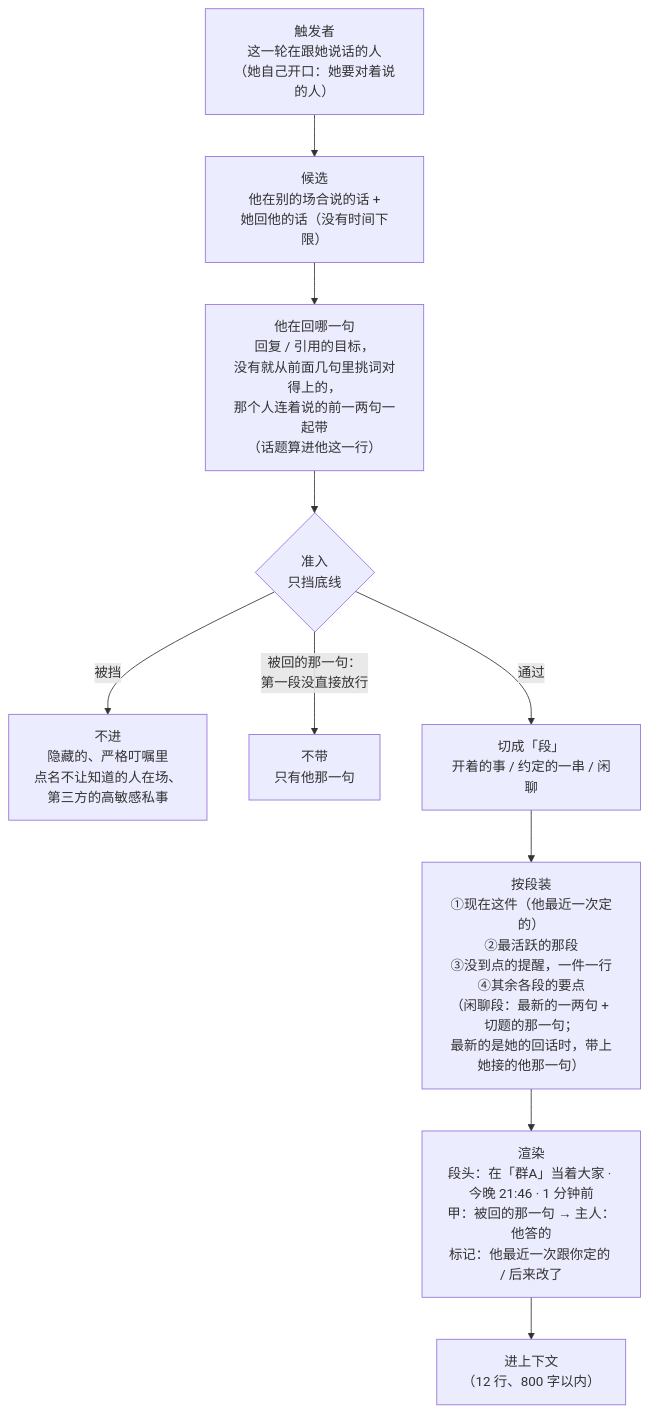
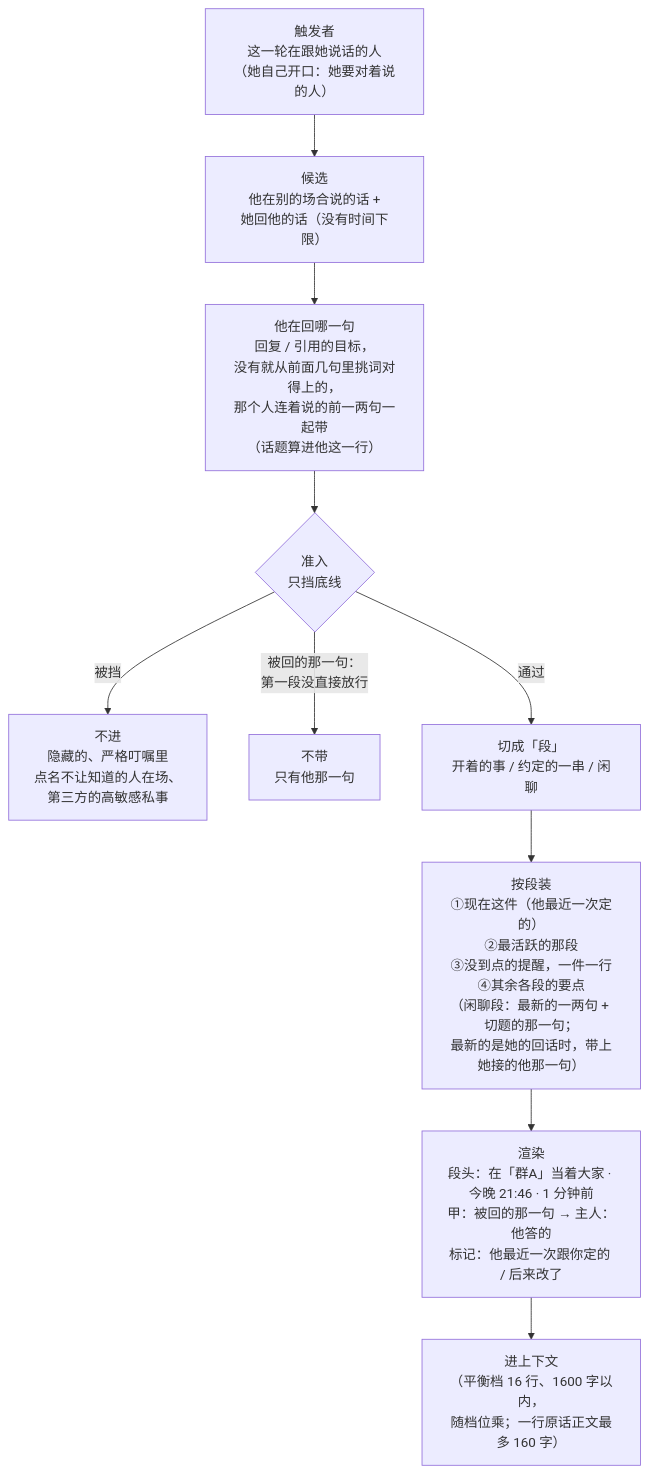
The fifth of 11 diagrams in docs/图解.md (QiuYeDx/dsh-rugu), drawn with Mermaid before and after one commit. The commit also changed other lines of this file and 40 other files, not shown here.

````diff
--- a/docs/图解.md
+++ b/docs/图解.md
@@ -212,12 +212,12 @@
 ```mermaid
 flowchart TB
   TR["触发者<br/>这一轮在跟她说话的人<br/>（她自己开口：她要对着说的人）"] --> CA["候选<br/>他在别的场合说的话 +<br/>她回他的话（没有时间下限）"]
   CA --> RP["他在回哪一句<br/>回复 / 引用的目标，<br/>没有就从前面几句里挑词对得上的，<br/>那个人连着说的前一两句一起带<br/>（话题算进他这一行）"]
   RP --> AD{"准入<br/>只挡底线"}
   AD -->|被挡| X["不进<br/>隐藏的、严格叮嘱里<br/>点名不让知道的人在场、<br/>第三方的高敏感私事"]
   AD -->|"被回的那一句：<br/>第一段没直接放行"| X2["不带<br/>只有他那一句"]
   AD -->|通过| UN["切成「段」<br/>开着的事 / 约定的一串 / 闲聊"]
   UN --> SEL["按段装<br/>①现在这件（他最近一次定的）<br/>②最活跃的那段<br/>③没到点的提醒，一件一行<br/>④其余各段的要点<br/>（闲聊段：最新的一两句 + 切题的那一句；<br/>最新的是她的回话时，带上她接的他那一句）"]
   SEL --> RD["渲染<br/>段头：在「群A」当着大家 · 今晚 21:46 · 1 分钟前<br/>甲：被回的那一句 → 主人：他答的<br/>标记：他最近一次跟你定的 / 后来改了"]
-  RD --> OUT["进上下文<br/>（12 行、800 字以内）"]
+  RD --> OUT["进上下文<br/>（平衡档 16 行、1600 字以内，<br/>随档位乘；一行原话正文最多 160 字）"]
 ```
````
